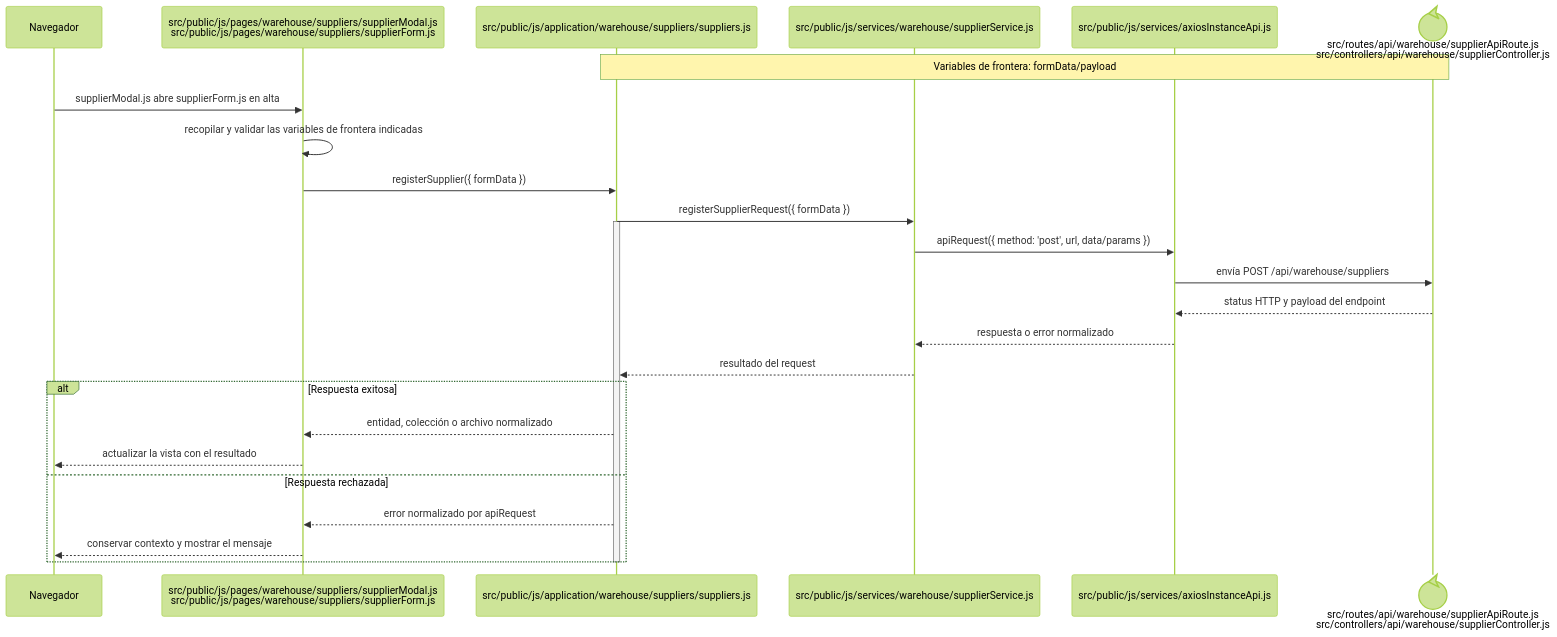
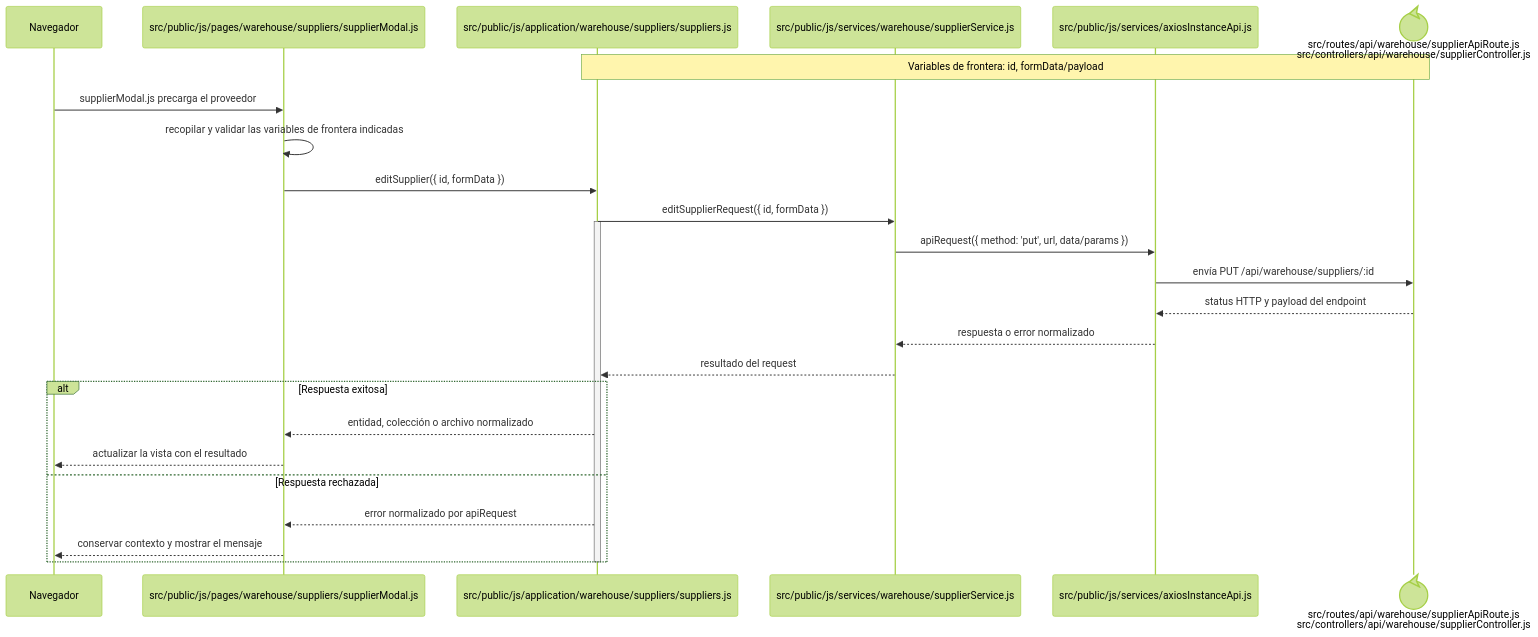
The diagram in docs/architecture/frontend-code-sequences/catalogs/cu-cat-11.md (gpgsistemas01/nexus), drawn with Mermaid (forest theme) before and after one commit. The commit also changed other lines of this file and 207 other files, not shown here.

````diff
--- a/docs/architecture/frontend-code-sequences/catalogs/cu-cat-11.md
+++ b/docs/architecture/frontend-code-sequences/catalogs/cu-cat-11.md
@@ -6,29 +6,29 @@
 ```mermaid
 sequenceDiagram
     participant Browser as Navegador
-    participant View as src/public/js/pages/warehouse/suppliers/supplierModal.js<br/>src/public/js/pages/warehouse/suppliers/supplierForm.js
+    participant View as src/public/js/pages/warehouse/suppliers/supplierModal.js
     participant Application as src/public/js/application/warehouse/suppliers/suppliers.js
     participant Request as src/public/js/services/warehouse/supplierService.js
     participant HTTP as src/public/js/services/axiosInstanceApi.js
     participant Transport@{ "type": "control" } as src/routes/api/warehouse/supplierApiRoute.js<br/>src/controllers/api/warehouse/supplierController.js
-    Note over Application,Transport: Variables de frontera: formData/payload
+    Note over Application,Transport: Variables de frontera: id, formData/payload
 
-    Browser->>View: supplierModal.js abre supplierForm.js en alta
+    Browser->>View: supplierModal.js precarga el proveedor
     View->>View: recopilar y validar las variables de frontera indicadas
-    View->>Application: registerSupplier({ formData })
-    Application->>Request: registerSupplierRequest({ formData })
+    View->>Application: editSupplier({ id, formData })
+    Application->>Request: editSupplierRequest({ id, formData })
     activate Application
-    Request->>HTTP: apiRequest({ method: 'post', url, data/params })
-    HTTP->>Transport: envía POST /api/warehouse/suppliers
+    Request->>HTTP: apiRequest({ method: 'put', url, data/params })
+    HTTP->>Transport: envía PUT /api/warehouse/suppliers/:id
     Transport-->>HTTP: status HTTP y payload del endpoint
     HTTP-->>Request: respuesta o error normalizado
     Request-->>Application: resultado del request
     alt Respuesta exitosa
         Application-->>View: entidad, colección o archivo normalizado
         View-->>Browser: actualizar la vista con el resultado
     else Respuesta rechazada
         Application-->>View: error normalizado por apiRequest
         View-->>Browser: conservar contexto y mostrar el mensaje
     end
     deactivate Application
 ```
````
